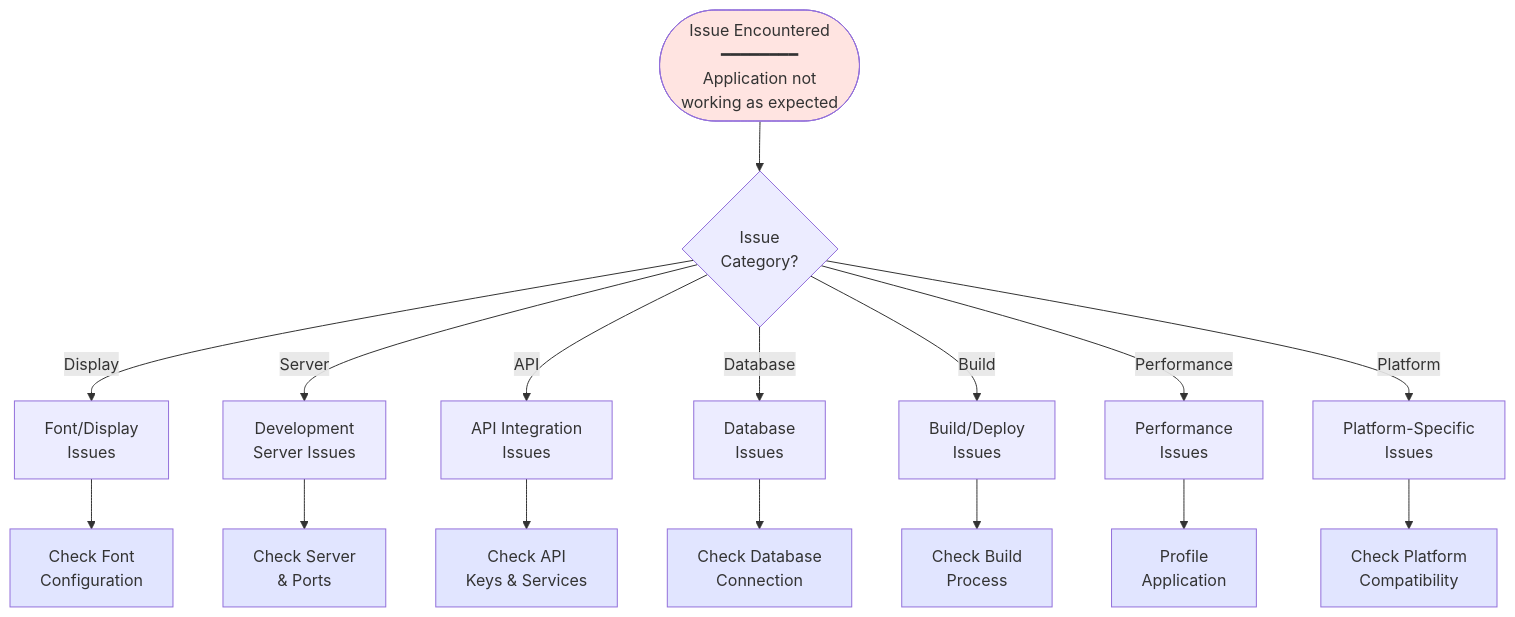
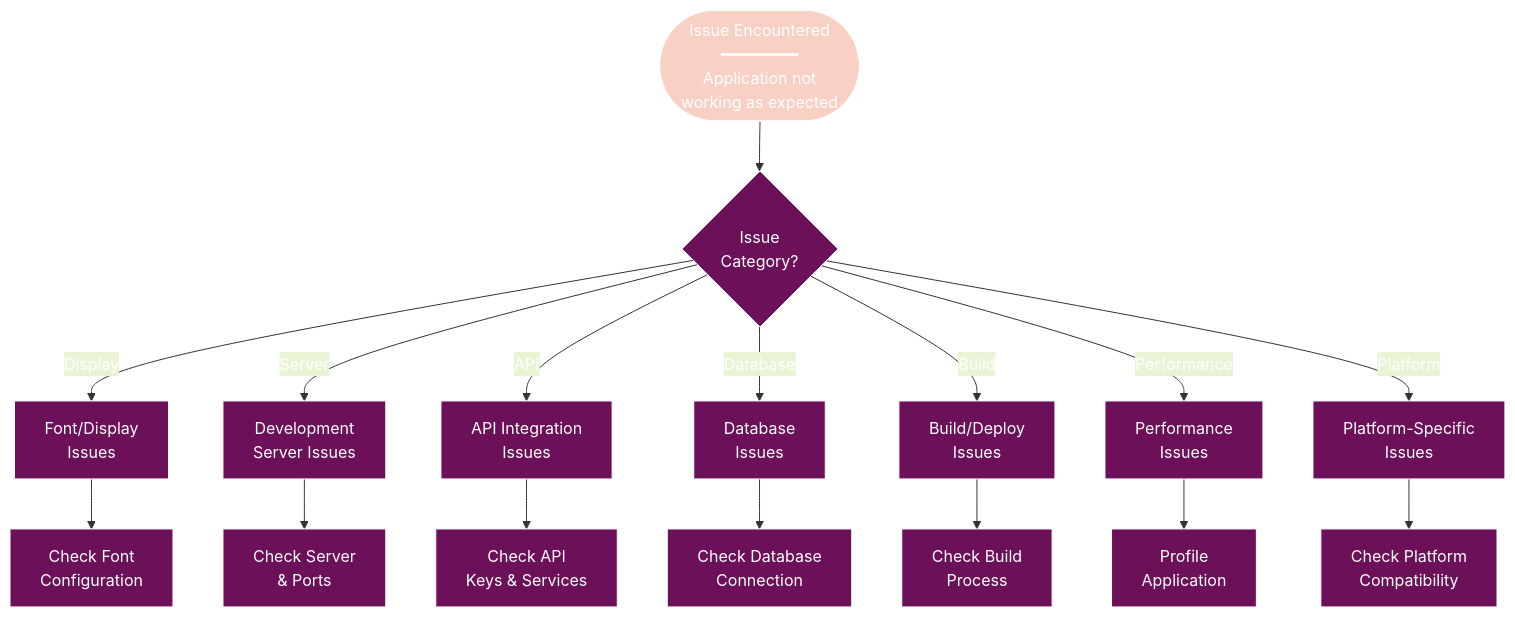
Before and after one commit to radicalkjax/Athena: the first of 6 diagrams in docs/TROUBLESHOOTING.md, drawn with Mermaid. The commit also changed other lines of this file and 27 other files, not shown here.

Commit message:
Introduction of expo package manager. Updated docs to reflect changes. Unified mermaid theme for docs.

````diff
--- a/docs/TROUBLESHOOTING.md
+++ b/docs/TROUBLESHOOTING.md
@@ -7,29 +7,50 @@
 ```mermaid
+%%{init: {
+  'theme': 'base',
+  'themeVariables': {
+    'primaryColor': '#6d105a',
+    'primaryTextColor': '#ffffff',
+    'primaryBorderColor': '#ffffff',
+    'lineColor': '#333333',
+    'secondaryColor': '#e8f4d4',
+    'secondaryTextColor': '#333333',
+    'secondaryBorderColor': '#333333',
+    'tertiaryColor': '#f9d0c4',
+    'tertiaryTextColor': '#333333',
+    'tertiaryBorderColor': '#333333',
+    'background': '#ffffff',
+    'mainBkg': '#6d105a',
+    'secondBkg': '#e8f4d4',
+    'tertiaryBkg': '#f9d0c4',
+    'textColor': '#333333',
+    'fontFamily': 'Arial, sans-serif'
+  }
+}}%%
 flowchart TD
     Start([Issue Encountered<br/>━━━━━━━━<br/>Application not<br/>working as expected]) --> Category{Issue<br/>Category?}
     
     Category -->|Display| Font[Font/Display<br/>Issues]
     Category -->|Server| Dev[Development<br/>Server Issues]
     Category -->|API| API[API Integration<br/>Issues]
     Category -->|Database| DB[Database<br/>Issues]
     Category -->|Build| Build[Build/Deploy<br/>Issues]
     Category -->|Performance| Perf[Performance<br/>Issues]
     Category -->|Platform| Platform[Platform-Specific<br/>Issues]
     
     Font --> FontTree[Check Font<br/>Configuration]
     Dev --> DevTree[Check Server<br/>& Ports]
     API --> APITree[Check API<br/>Keys & Services]
     DB --> DBTree[Check Database<br/>Connection]
     Build --> BuildTree[Check Build<br/>Process]
     Perf --> PerfTree[Profile<br/>Application]
     Platform --> PlatformTree[Check Platform<br/>Compatibility]
     
-    style Start fill:#ffe4e1
-    style FontTree fill:#e1e5ff
-    style DevTree fill:#e1e5ff
-    style APITree fill:#e1e5ff
-    style DBTree fill:#e1e5ff
-    style BuildTree fill:#e1e5ff
-    style PerfTree fill:#e1e5ff
-    style PlatformTree fill:#e1e5ff
+    style Start fill:#f9d0c4
+    style FontTree fill:#6d105a
+    style DevTree fill:#6d105a
+    style APITree fill:#6d105a
+    style DBTree fill:#6d105a
+    style BuildTree fill:#6d105a
+    style PerfTree fill:#6d105a
+    style PlatformTree fill:#6d105a
 ```
````
